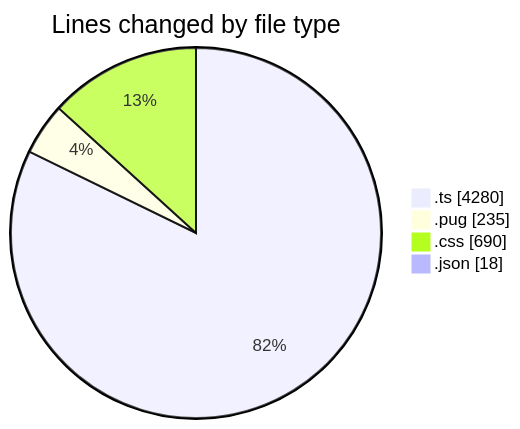
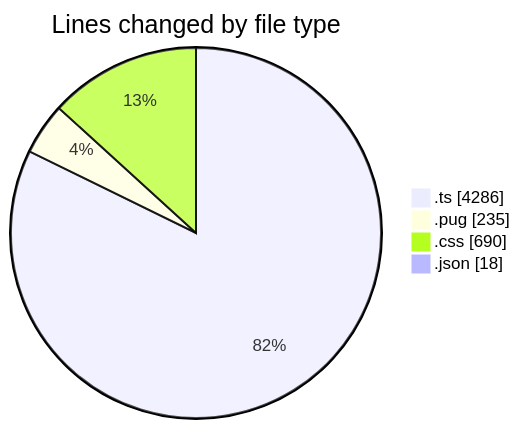
The first of 2 diagrams in 2025-10-31/cda/README.md (momahboobian/code-tracking), drawn with Mermaid before and after one commit. The commit also changed other lines of this file and 1 other file, not shown here.

````diff
--- a/2025-10-31/cda/README.md
+++ b/2025-10-31/cda/README.md
@@ -28,8 +28,8 @@
 ```mermaid
 pie showData
 title Lines changed by file type
-".ts" : 4280
+".ts" : 4286
 ".pug" : 235
 ".css" : 690
 ".json" : 18
 ```
````
